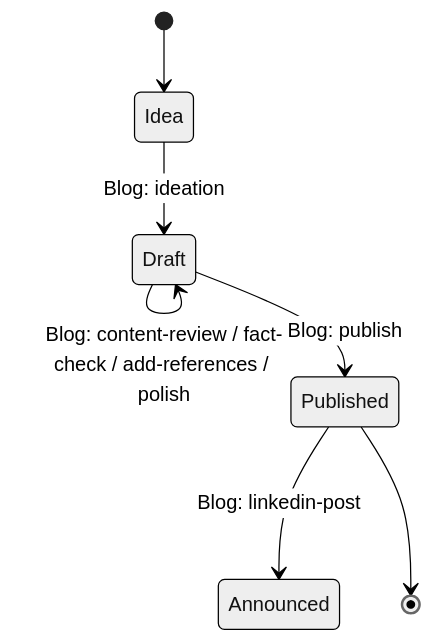
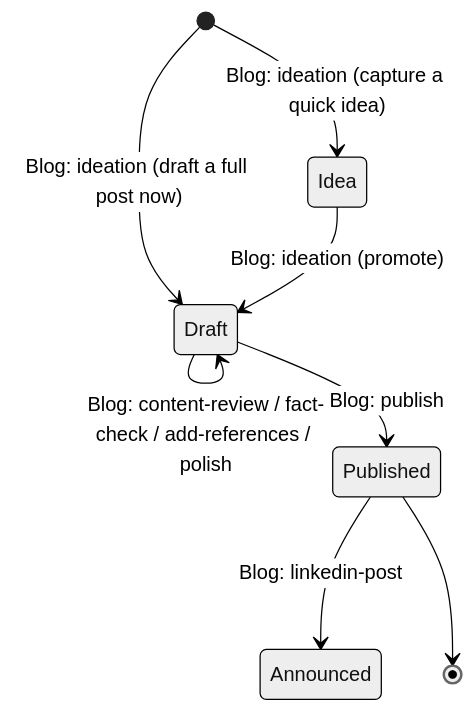
Before and after one commit to inercia/mitto: the diagram in config/prompts/builtin/blog/README.md, drawn with Mermaid (neutral theme). The commit also changed other lines of this file and 17 other files, not shown here.

````diff
--- a/config/prompts/builtin/blog/README.md
+++ b/config/prompts/builtin/blog/README.md
@@ -17,9 +37,10 @@
 ```mermaid
 stateDiagram-v2
-    [*] --> Idea
-    Idea --> Draft: Blog: ideation
+    [*] --> Idea: Blog: ideation (capture a quick idea)
+    [*] --> Draft: Blog: ideation (draft a full post now)
+    Idea --> Draft: Blog: ideation (promote)
     Draft --> Draft: Blog: content-review / fact-check / add-references / polish
     Draft --> Published: Blog: publish
     Published --> Announced: Blog: linkedin-post
     Published --> [*]
 ```
````
